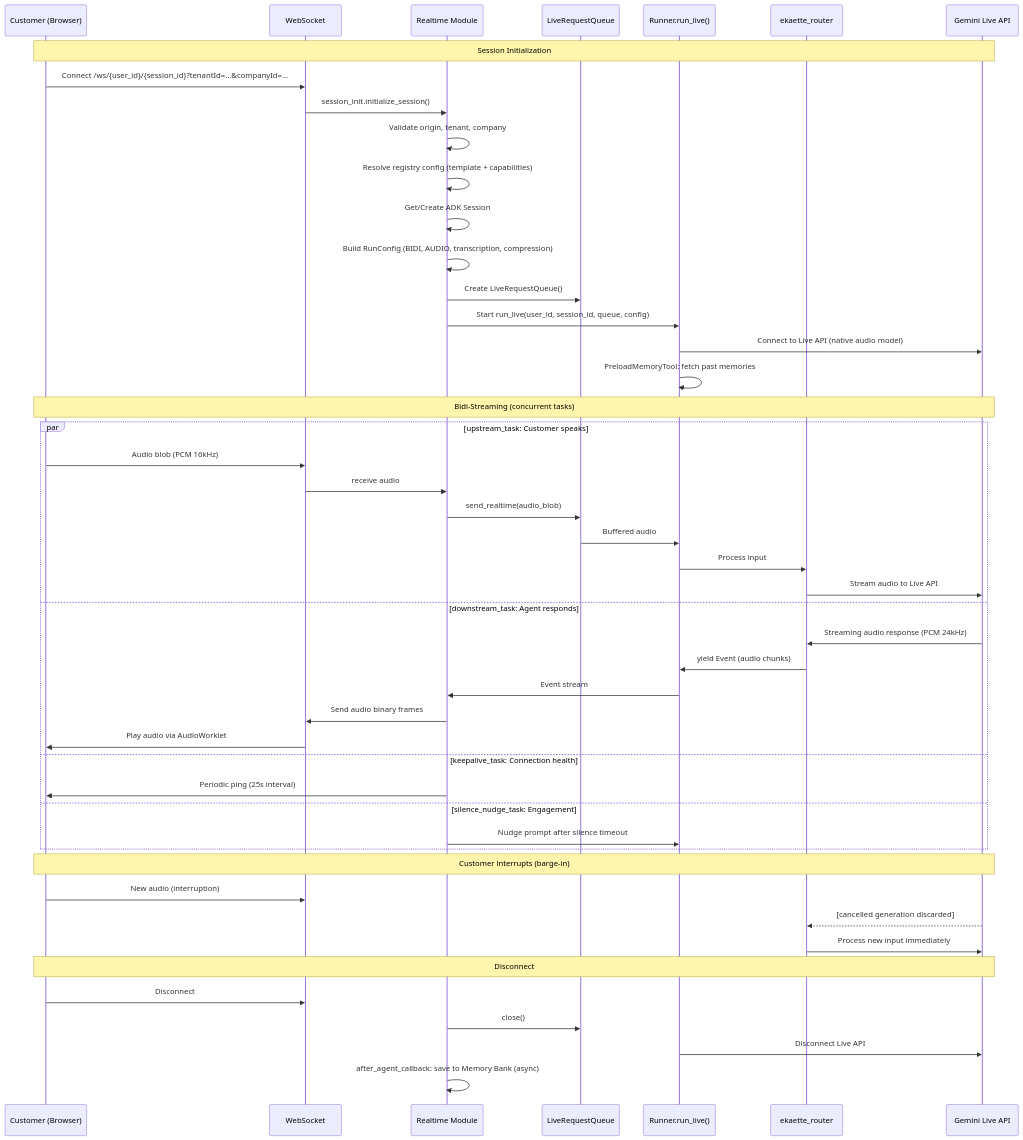
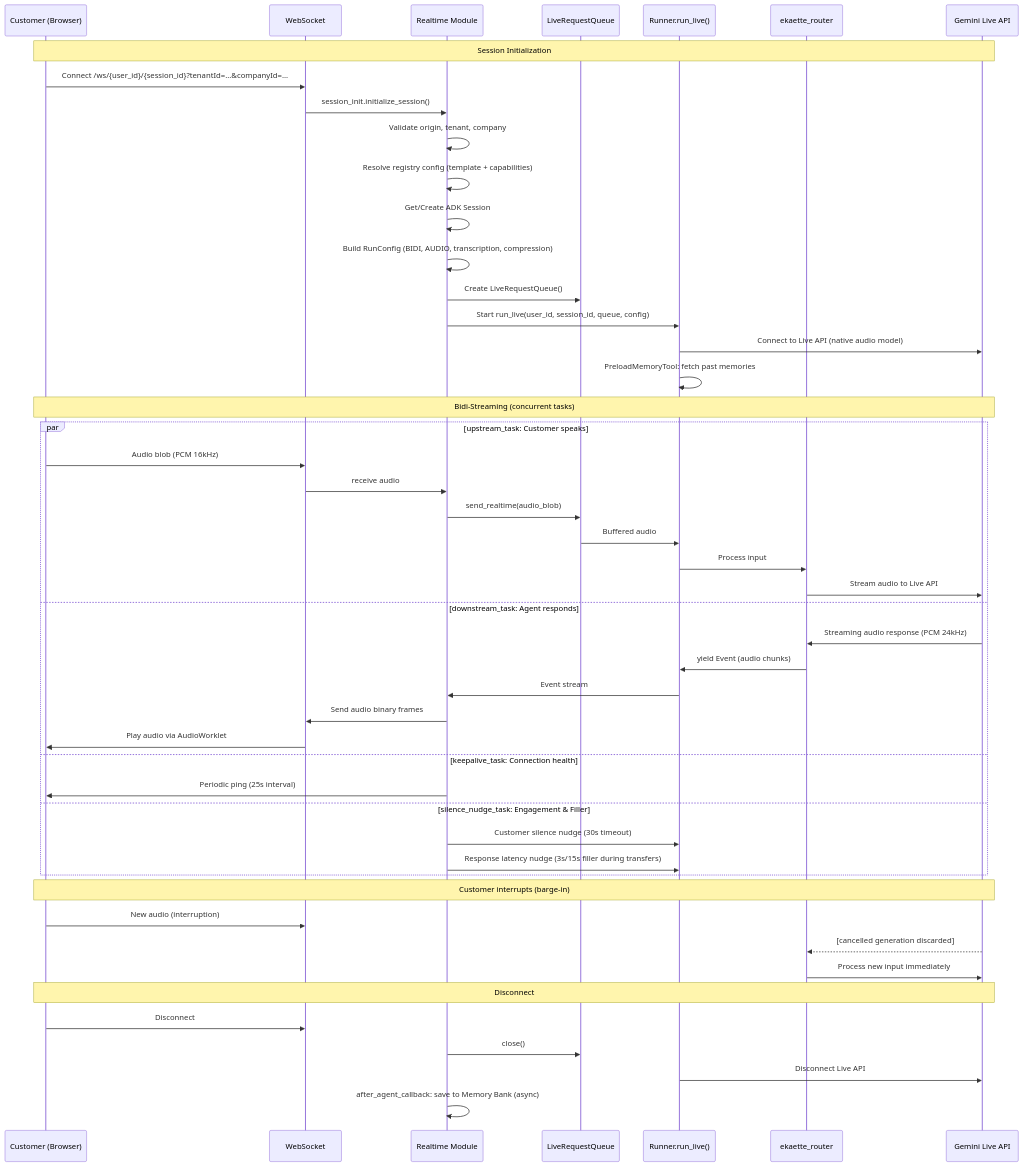
One commit to ogabasseyy/ekaette changed the first of 4 diagrams in docs/architecture/02-voice-agents.md. Above: the diagram before and after it, drawn with Mermaid. The commit also changed other lines of this file and 22 other files, not shown here.

````diff
--- a/docs/architecture/02-voice-agents.md
+++ b/docs/architecture/02-voice-agents.md
@@ -7,54 +7,55 @@
 ```mermaid
 sequenceDiagram
     participant C as Customer (Browser)
     participant WS as WebSocket
     participant RT as Realtime Module
     participant LRQ as LiveRequestQueue
     participant RUN as Runner.run_live()
     participant ROOT as ekaette_router
     participant API as Gemini Live API
 
     Note over C,API: Session Initialization
     C->>WS: Connect /ws/{user_id}/{session_id}?tenantId=...&companyId=...
     WS->>RT: session_init.initialize_session()
     RT->>RT: Validate origin, tenant, company
     RT->>RT: Resolve registry config (template + capabilities)
     RT->>RT: Get/Create ADK Session
     RT->>RT: Build RunConfig (BIDI, AUDIO, transcription, compression)
     RT->>LRQ: Create LiveRequestQueue()
     RT->>RUN: Start run_live(user_id, session_id, queue, config)
     RUN->>API: Connect to Live API (native audio model)
     RUN->>RUN: PreloadMemoryTool: fetch past memories
 
     Note over C,API: Bidi-Streaming (concurrent tasks)
 
     par upstream_task: Customer speaks
         C->>WS: Audio blob (PCM 16kHz)
         WS->>RT: receive audio
         RT->>LRQ: send_realtime(audio_blob)
         LRQ->>RUN: Buffered audio
         RUN->>ROOT: Process input
         ROOT->>API: Stream audio to Live API
     and downstream_task: Agent responds
         API->>ROOT: Streaming audio response (PCM 24kHz)
         ROOT->>RUN: yield Event (audio chunks)
         RUN->>RT: Event stream
         RT->>WS: Send audio binary frames
         WS->>C: Play audio via AudioWorklet
     and keepalive_task: Connection health
         RT->>C: Periodic ping (25s interval)
-    and silence_nudge_task: Engagement
-        RT->>RUN: Nudge prompt after silence timeout
+    and silence_nudge_task: Engagement & Filler
+        RT->>RUN: Customer silence nudge (30s timeout)
+        RT->>RUN: Response latency nudge (3s/15s filler during transfers)
     end
 
     Note over C,API: Customer interrupts (barge-in)
     C->>WS: New audio (interruption)
     API-->>ROOT: [cancelled generation discarded]
     ROOT->>API: Process new input immediately
 
     Note over C,API: Disconnect
     C->>WS: Disconnect
     RT->>LRQ: close()
     RUN->>API: Disconnect Live API
     RT->>RT: after_agent_callback: save to Memory Bank (async)
 ```
````
